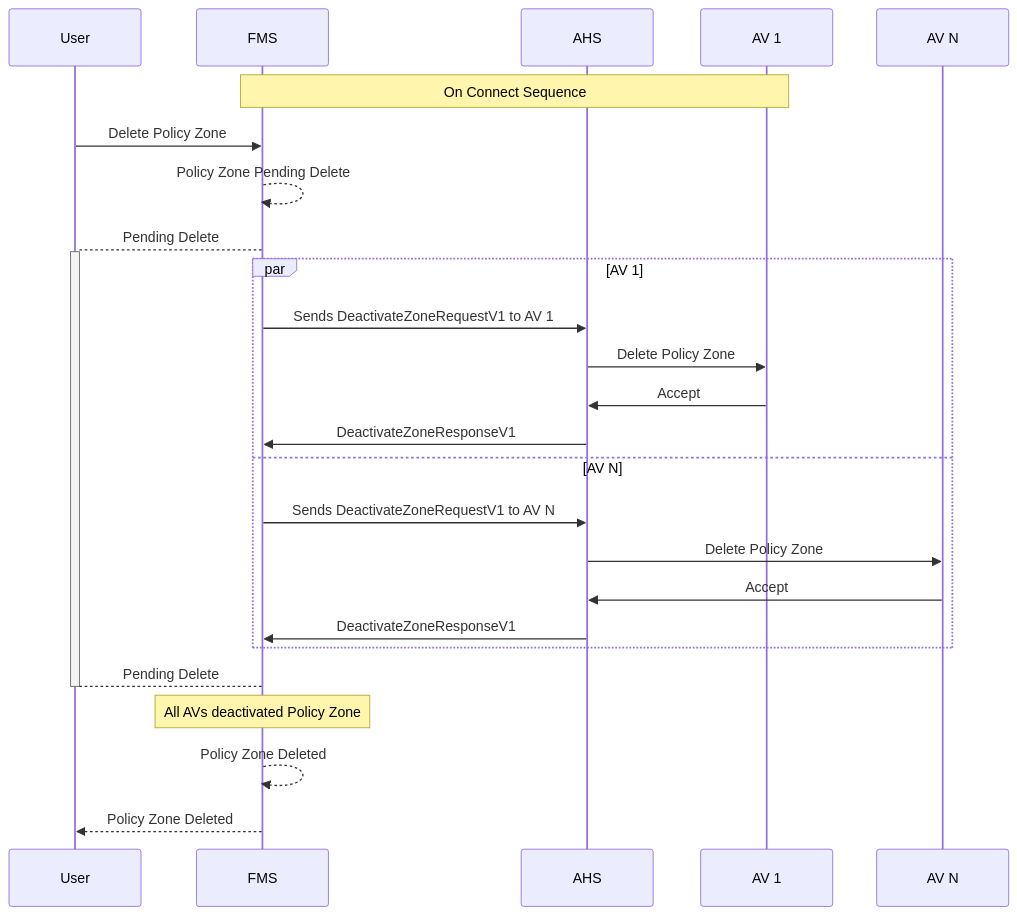
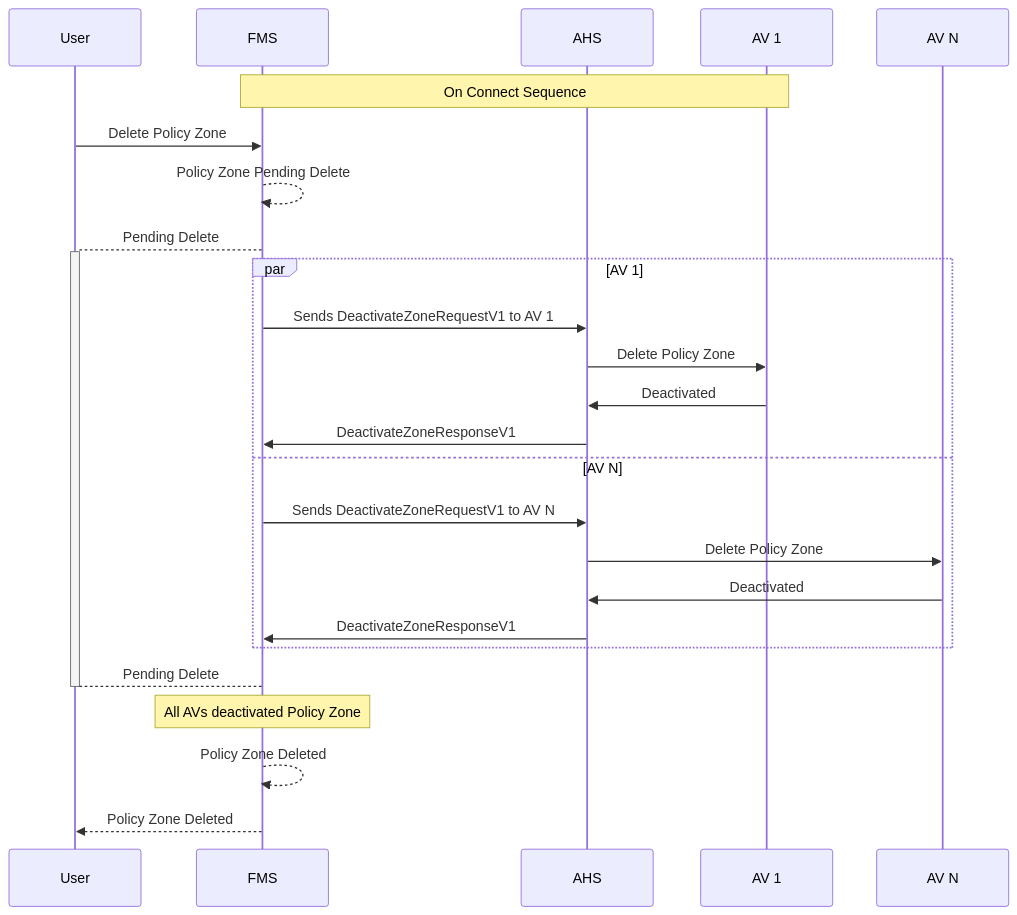
The diagram in diagram/PolicyZoneDeletion.md (open-autonomy/zone), drawn with Mermaid before and after one commit. The commit also changed 10 other files, not shown here.

````diff
--- a/diagram/PolicyZoneDeletion.md
+++ b/diagram/PolicyZoneDeletion.md
@@ -10,31 +10,31 @@
 ```mermaid
 sequenceDiagram
     participant User
     participant FMS
     participant AHS
     participant AV 1
     participant AV N
 
     Note over FMS,AV 1: On Connect Sequence
     User->>FMS: Delete Policy Zone
     FMS-->>FMS: Policy Zone Pending Delete
     FMS-->+User: Pending Delete
 
     par AV 1
         FMS->>AHS: Sends DeactivateZoneRequestV1 to AV 1
         AHS->>AV 1: Delete Policy Zone
-        AV 1->>AHS: Accept
+        AV 1->>AHS: Deactivated
         AHS->>FMS: DeactivateZoneResponseV1
     and AV N
         FMS->>AHS: Sends DeactivateZoneRequestV1 to AV N
         AHS->>AV N: Delete Policy Zone
-        AV N->>AHS: Accept
+        AV N->>AHS: Deactivated
         AHS->>FMS: DeactivateZoneResponseV1
     end
 
     User-->-FMS: Pending Delete
 
     Note Over FMS: All AVs deactivated Policy Zone
     FMS-->>FMS: Policy Zone Deleted
     FMS-->>User: Policy Zone Deleted
 ```
````
